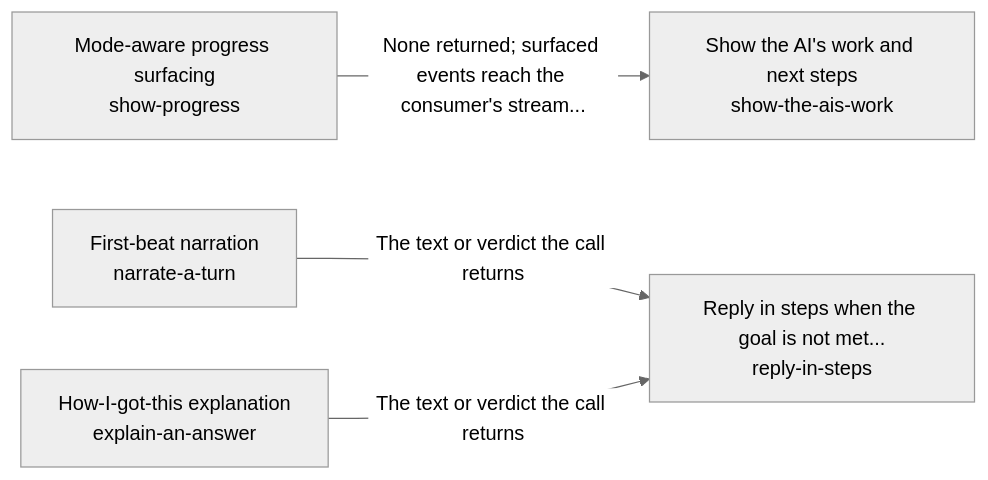
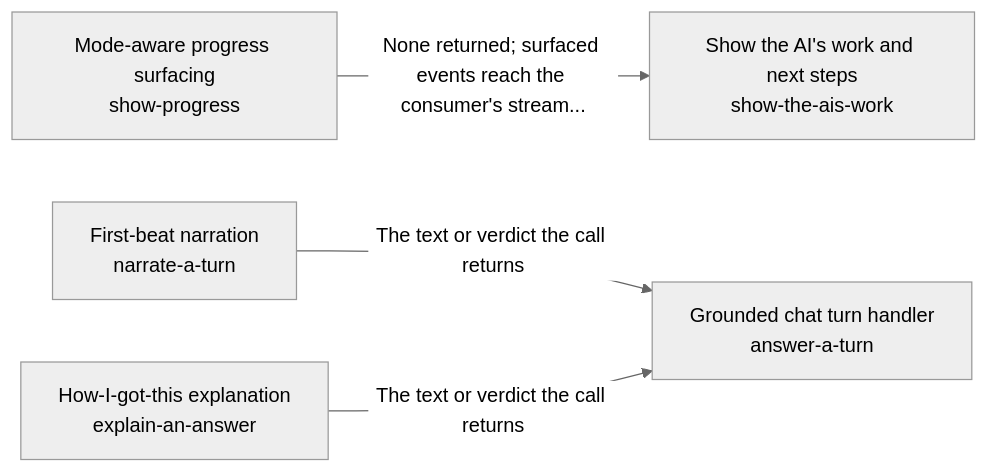
Before and after one commit to SpiritualData/quest-ai-runner: the diagram in quest_ai_runner/reason_and_answer/README.md, drawn with Mermaid (neutral theme). The commit also changed other lines of this file and 7 other files, not shown here.

First line of the commit message:
reason-and-answer: the narration and the explanation belong to the turn that answers, not to the interim policy

````diff
--- a/quest_ai_runner/reason_and_answer/README.md
+++ b/quest_ai_runner/reason_and_answer/README.md
@@ -17,11 +17,11 @@
 ```mermaid
 flowchart LR
-    s0["Mode-aware progress surfacing<br/>show-progress"]
-    s1["First-beat narration<br/>narrate-a-turn"]
-    s2["How-I-got-this explanation<br/>explain-an-answer"]
-    s3["Show the AI's work and next steps<br/>show-the-ais-work"]
-    s4["Reply in steps when the goal is not met...<br/>reply-in-steps"]
-    s0 -->|"None returned; surfaced events reach the consumer's stream..."| s3
-    s1 -->|"The text or verdict the call returns"| s4
-    s2 -->|"The text or verdict the call returns"| s4
+    s0["Grounded chat turn handler<br/>answer-a-turn"]
+    s1["Mode-aware progress surfacing<br/>show-progress"]
+    s2["First-beat narration<br/>narrate-a-turn"]
+    s3["How-I-got-this explanation<br/>explain-an-answer"]
+    s4["Show the AI's work and next steps<br/>show-the-ais-work"]
+    s1 -->|"None returned; surfaced events reach the consumer's stream..."| s4
+    s2 -->|"The text or verdict the call returns"| s0
+    s3 -->|"The text or verdict the call returns"| s0
 ```
````
